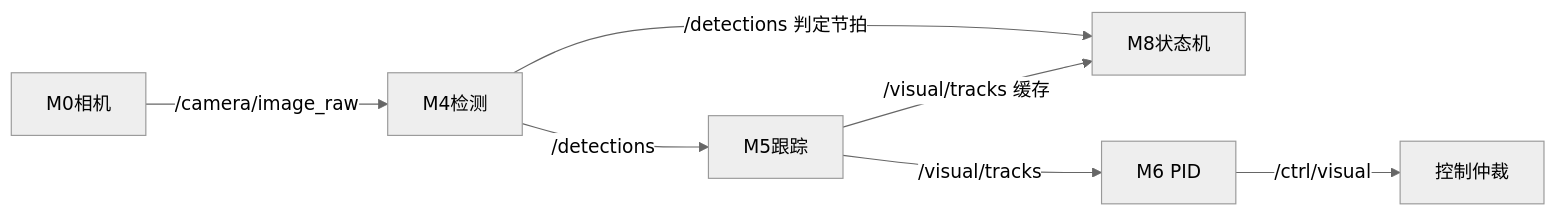
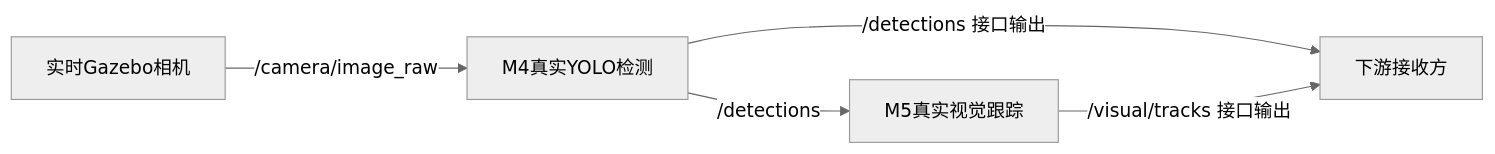
Before and after one commit to YYSY-FISH7/ai4: the diagram in design_module/M5/模块说明文档/联调与验收总览.md, drawn with Mermaid (neutral theme). The commit also changed other lines of this file and 104 other files, not shown here.

````diff
--- a/design_module/M5/模块说明文档/联调与验收总览.md
+++ b/design_module/M5/模块说明文档/联调与验收总览.md
@@ -5,9 +5,7 @@
 ```mermaid
 flowchart LR
-  M0["M0相机"] -->|/camera/image_raw| M4["M4检测"]
-  M4 -->|/detections| M5["M5跟踪"]
-  M4 -->|/detections 判定节拍| M8["M8状态机"]
-  M5 -->|/visual/tracks| M6["M6 PID"]
-  M5 -->|/visual/tracks 缓存| M8
-  M6 -->|/ctrl/visual| Mux["控制仲裁"]
+  G[实时Gazebo相机] -->|/camera/image_raw| M4[M4真实YOLO检测]
+  M4 -->|/detections| M5[M5真实视觉跟踪]
+  M4 -->|/detections 接口输出| D[下游接收方]
+  M5 -->|/visual/tracks 接口输出| D
 ```
````
